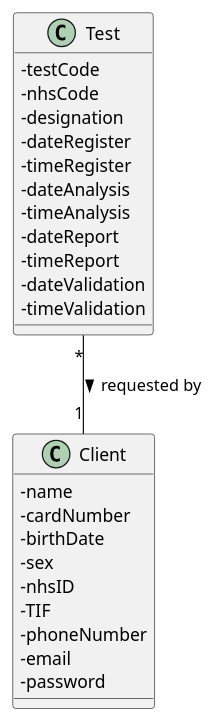
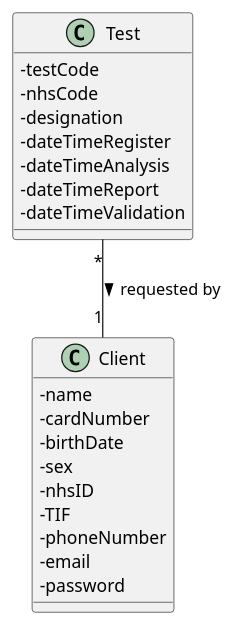
The diagram in docs/SprintD/US16/US16_DM.puml (MadDinosaur/ISEP-LAPR2), drawn with PlantUML before and after one commit. The commit also changed 7 other files, not shown here.

Commit message:
US16: created all the .svg; updated the requirements file; updated the class diagram, the sequence diagram and the domain model.

```diff
--- a/docs/SprintD/US16/US16_DM.puml
+++ b/docs/SprintD/US16/US16_DM.puml
@@ -1,32 +1,28 @@
 @startuml
 
 skinparam classAttributeIconSize 0
 
 class Test {
 -testCode
 -nhsCode
 -designation
--dateRegister
--timeRegister
--dateAnalysis
--timeAnalysis
--dateReport
--timeReport
--dateValidation
--timeValidation
+-dateTimeRegister
+-dateTimeAnalysis
+-dateTimeReport
+-dateTimeValidation
 }
 class Client {
 -name
 -cardNumber
 -birthDate
 -sex
 -nhsID
 -TIF
 -phoneNumber
 -email
 -password
 }
 
 Test "*"--"1" Client : requested by >
 
 @enduml
```
